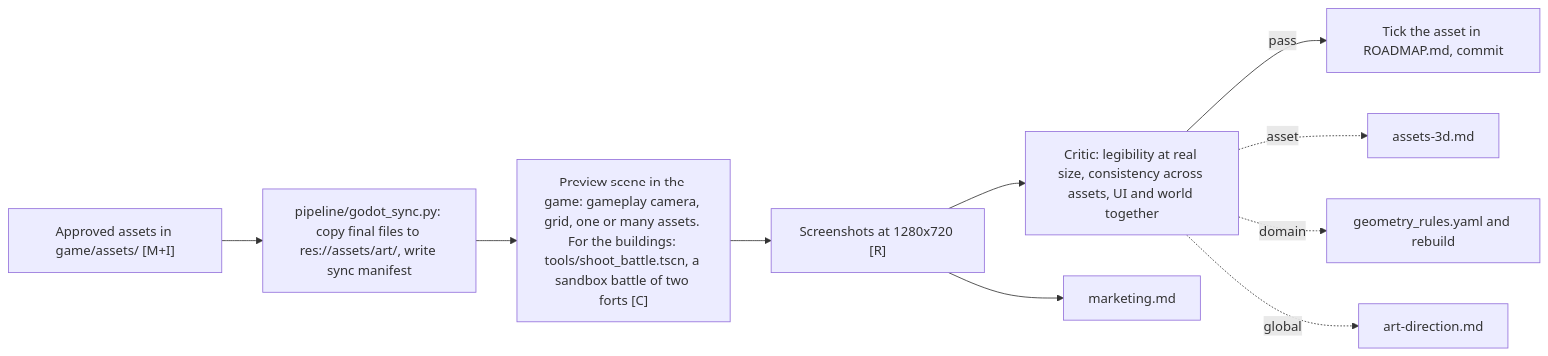
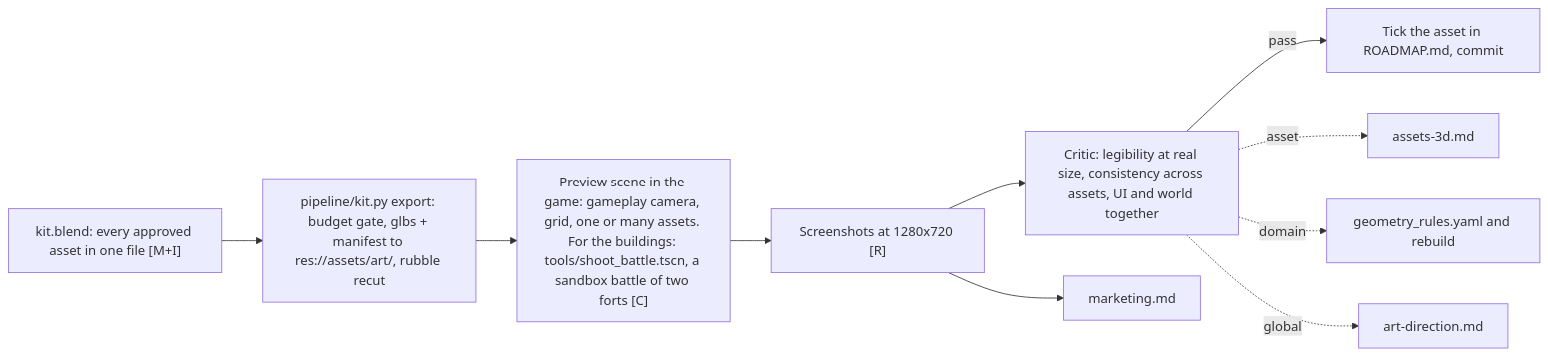
One commit to sebastianrueckerai/cannonade changed the diagram in art/docs/process/integration.md. Above: the diagram before and after it, drawn with Mermaid. The commit also changed other lines of this file and 589 other files, not shown here.

````diff
--- a/art/docs/process/integration.md
+++ b/art/docs/process/integration.md
@@ -5,12 +5,12 @@
 ```mermaid
 flowchart LR
-    LIB["Approved assets in game/assets/ [M+I]"] --> SYNC["pipeline/godot_sync.py: copy final files to res://assets/art/, write sync manifest"]
+    LIB["kit.blend: every approved asset in one file [M+I]"] --> SYNC["pipeline/kit.py export: budget gate, glbs + manifest to res://assets/art/, rubble recut"]
     SYNC --> PREV["Preview scene in the game: gameplay camera, grid, one or many assets. For the buildings: tools/shoot_battle.tscn, a sandbox battle of two forts [C]"]
     PREV --> SHOT["Screenshots at 1280x720 [R]"]
     SHOT --> CRIT["Critic: legibility at real size, consistency across assets, UI and world together"]
     CRIT -->|pass| DONE["Tick the asset in ROADMAP.md, commit"]
     CRIT -. asset .-> A["assets-3d.md"]
     CRIT -. domain .-> R["geometry_rules.yaml and rebuild"]
     CRIT -. global .-> K["art-direction.md"]
     SHOT --> MKT["marketing.md"]
 ```
````
